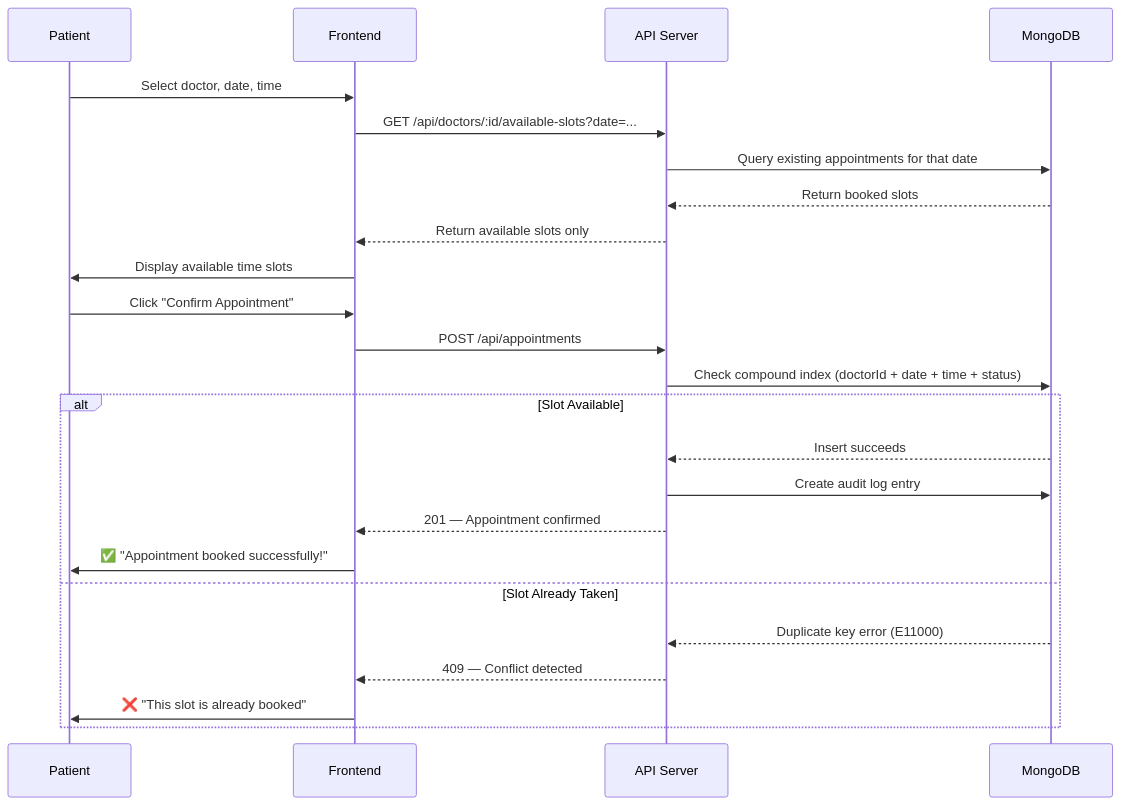
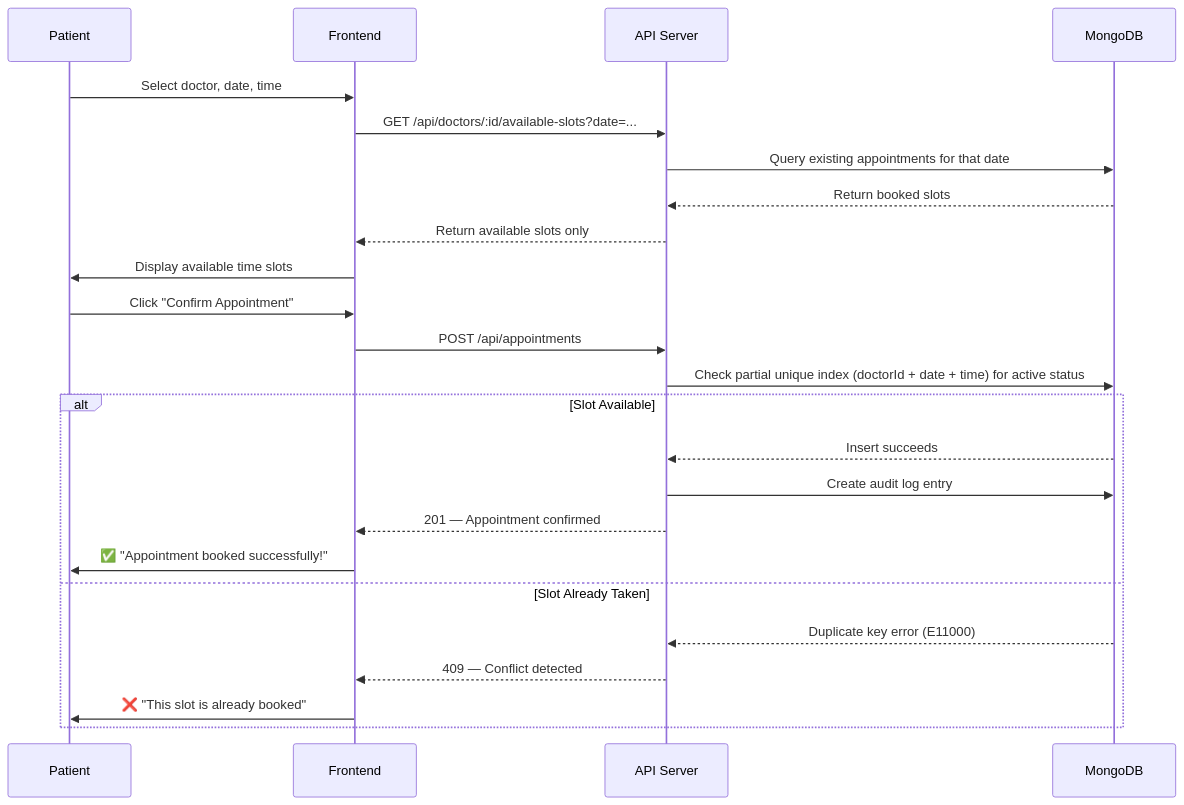
The second of 3 diagrams in Readme.md (Sarika-stack23/Healthcare-booking-platform), drawn with Mermaid before and after one commit. The commit also changed other lines of this file, not shown here.

First line of the commit message:
docs: update README to reflect true partial unique index architecture

````diff
--- a/Readme.md
+++ b/Readme.md
@@ -144,29 +144,29 @@
 ```mermaid
 sequenceDiagram
     participant P as Patient
     participant F as Frontend
     participant A as API Server
     participant D as MongoDB
 
     P->>F: Select doctor, date, time
     F->>A: GET /api/doctors/:id/available-slots?date=...
     A->>D: Query existing appointments for that date
     D-->>A: Return booked slots
     A-->>F: Return available slots only
     F->>P: Display available time slots
 
     P->>F: Click "Confirm Appointment"
     F->>A: POST /api/appointments
-    A->>D: Check compound index (doctorId + date + time + status)
+    A->>D: Check partial unique index (doctorId + date + time) for active status
     
     alt Slot Available
         D-->>A: Insert succeeds
         A->>D: Create audit log entry
         A-->>F: 201 — Appointment confirmed
         F->>P: ✅ "Appointment booked successfully!"
     else Slot Already Taken
         D-->>A: Duplicate key error (E11000)
         A-->>F: 409 — Conflict detected
         F->>P: ❌ "This slot is already booked"
     end
 ```
````
